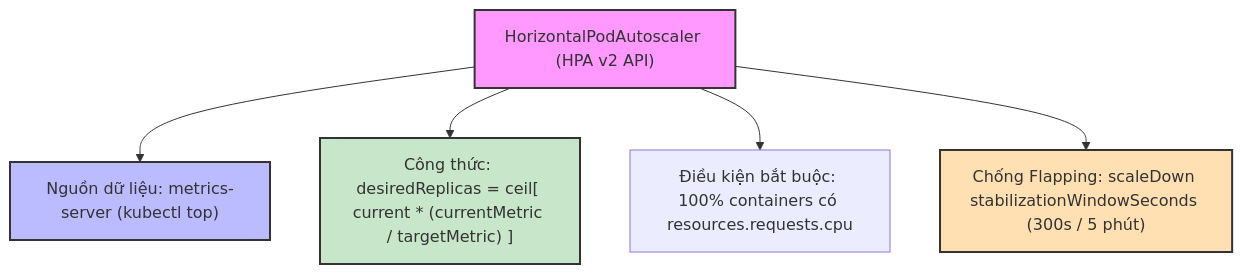
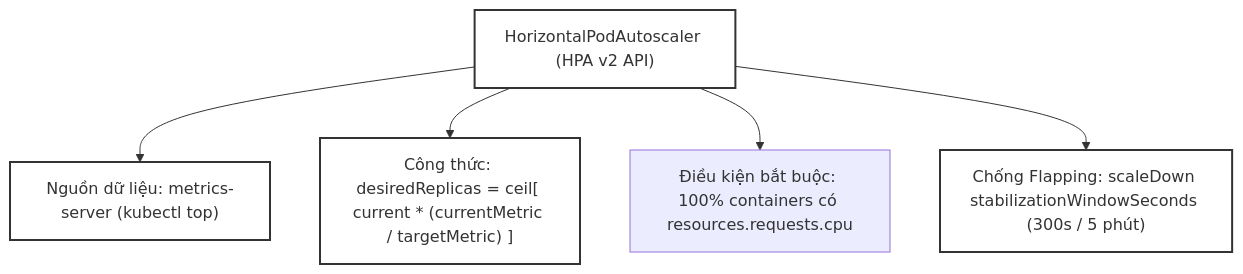
One commit to kiennt308/ntk changed the second of 3 diagrams in _posts/2026-09-12-cka-19-19-autoscaling-hpa-va-cluster.md. Above: the diagram before and after it, drawn with Mermaid. The commit also changed other lines of this file and 207 other files, not shown here.

Commit message:
feat(posts): batch standardize all 208 posts with TL;DR, qa-card accordion, fill:none mermaid, and liquid raw wrappers

````diff
--- a/_posts/2026-09-12-cka-19-19-autoscaling-hpa-va-cluster.md
+++ b/_posts/2026-09-12-cka-19-19-autoscaling-hpa-va-cluster.md
@@ -394,12 +398,12 @@
 ```mermaid
 graph TD
     A["HorizontalPodAutoscaler (HPA v2 API)"] --> B["Nguồn dữ liệu: metrics-server (kubectl top)"]
     A --> C["Công thức: desiredReplicas = ceil[ current * (currentMetric / targetMetric) ]"]
     A --> D["Điều kiện bắt buộc: 100% containers có resources.requests.cpu"]
     A --> E["Chống Flapping: scaleDown stabilizationWindowSeconds (300s / 5 phút)"]
 
-    style A fill:#f9f,stroke:#333,stroke-width:2px
-    style B fill:#bbf,stroke:#333,stroke-width:2px
-    style C fill:#c8e6c9,stroke:#333,stroke-width:2px
-    style E fill:#ffe0b2,stroke:#333,stroke-width:2px
+    style A fill:none,stroke:#333,stroke-width:2px
+    style B fill:none,stroke:#333,stroke-width:2px
+    style C fill:none,stroke:#333,stroke-width:2px
+    style E fill:none,stroke:#333,stroke-width:2px
 ```
````
